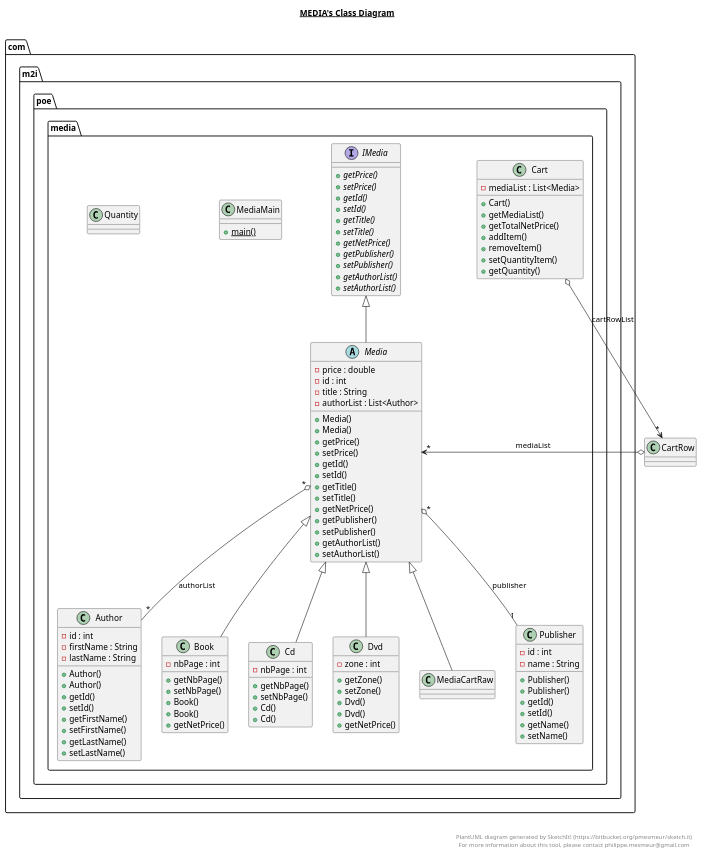
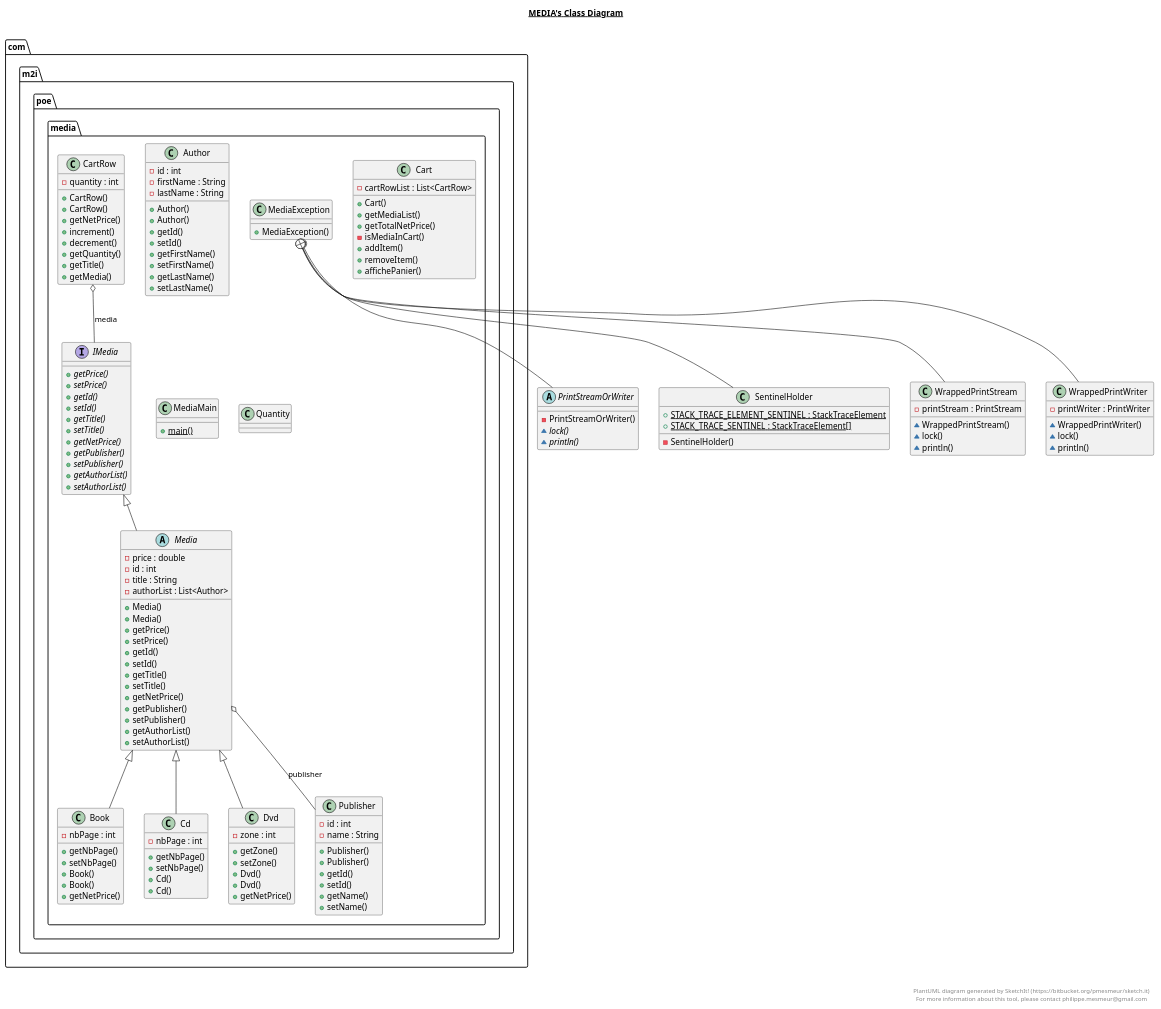
One commit to mikachm/java changed the diagram in com/m2i/poe/media/media.plantuml. Above: the diagram before and after it, drawn with PlantUML. The commit also changed 6 other files, not shown here.

```diff
--- a/com/m2i/poe/media/media.plantuml
+++ b/com/m2i/poe/media/media.plantuml
@@ -38,14 +38,31 @@
   package com.m2i.poe {
     package com.m2i.poe.media {
       class Cart {
-          - mediaList : List<Media>
+          - cartRowList : List<CartRow>
           + Cart()
           + getMediaList()
           + getTotalNetPrice()
+          - isMediaInCart()
           + addItem()
           + removeItem()
-          + setQuantityItem()
+          + affichePanier()
+      }
+    }
+  }
+  
+
+  package com.m2i.poe {
+    package com.m2i.poe.media {
+      class CartRow {
+          - quantity : int
+          + CartRow()
+          + CartRow()
+          + getNetPrice()
+          + increment()
+          + decrement()
           + getQuantity()
+          + getTitle()
+          + getMedia()
       }
     }
   }
@@ -124,9 +141,40 @@
 
   package com.m2i.poe {
     package com.m2i.poe.media {
-      class MediaCartRaw {
+      class MediaException {
+          + MediaException()
       }
     }
+  }
+  
+
+  abstract class PrintStreamOrWriter {
+      - PrintStreamOrWriter()
+      {abstract} ~ lock()
+      {abstract} ~ println()
+  }
+  
+
+  class SentinelHolder {
+      {static} + STACK_TRACE_ELEMENT_SENTINEL : StackTraceElement
+      {static} + STACK_TRACE_SENTINEL : StackTraceElement[]
+      - SentinelHolder()
+  }
+  
+
+  class WrappedPrintStream {
+      - printStream : PrintStream
+      ~ WrappedPrintStream()
+      ~ lock()
+      ~ println()
+  }
+  
+
+  class WrappedPrintWriter {
+      - printWriter : PrintWriter
+      ~ WrappedPrintWriter()
+      ~ lock()
+      ~ println()
   }
   
 
@@ -164,14 +212,15 @@
   
 
   Book -up-|> Media
+  CartRow o-- IMedia : media
   Cd -up-|> Media
   Dvd -up-|> Media
   Media -up-|> IMedia
-  Media "*" o-- "1" Publisher : publisher
-  Media "*" o-- "*" Author: authorList
-  Cart o--> "*" CartRow: cartRowList
-  CartRow o--> "*" Media : mediaList
-  MediaCartRaw -up-|> Media
+  Media o-- Publisher : publisher
+  MediaException +-down- PrintStreamOrWriter
+  MediaException +-down- SentinelHolder
+  MediaException +-down- WrappedPrintStream
+  MediaException +-down- WrappedPrintWriter
 
 
 right footer
```
